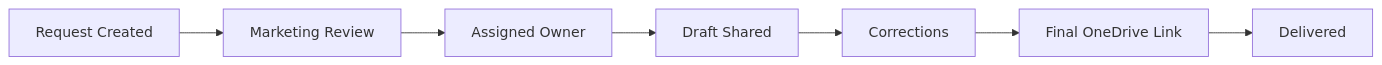
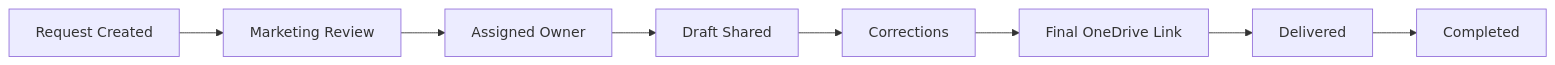
Diagram 19 of 27 in docs/ROLE_BASED_USAGE_MANUAL.md (harsha-jivawater/jiva-farm-os), drawn with Mermaid before and after one commit. The commit also changed other lines of this file and 3 other files, not shown here.

````diff
--- a/docs/ROLE_BASED_USAGE_MANUAL.md
+++ b/docs/ROLE_BASED_USAGE_MANUAL.md
@@ -970,9 +985,10 @@
 ```mermaid
 flowchart LR
   A["Request Created"] --> B["Marketing Review"]
   B --> C["Assigned Owner"]
   C --> D["Draft Shared"]
   D --> E["Corrections"]
   E --> F["Final OneDrive Link"]
   F --> G["Delivered"]
+  G --> H["Completed"]
 ```
````
